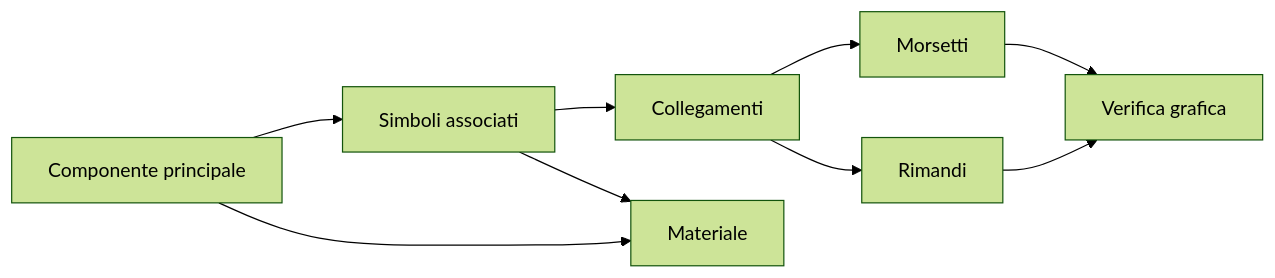
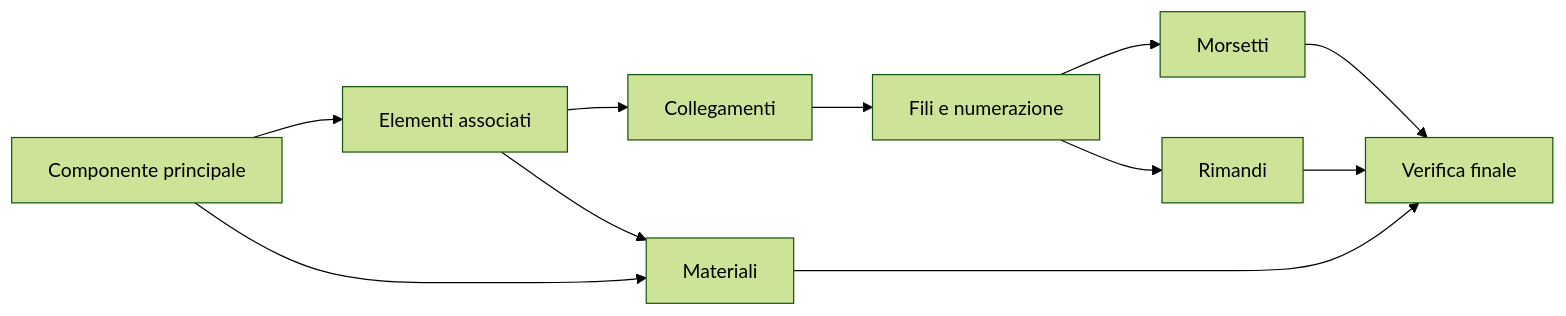
The diagram in docs/09-multifilare.md (robertochello/spac-start-knowledge-base), drawn with Mermaid (forest theme) before and after one commit. The commit also changed other lines of this file and 3 other files, not shown here.

````diff
--- a/docs/09-multifilare.md
+++ b/docs/09-multifilare.md
@@ -23,11 +57,13 @@
 ```mermaid
 flowchart LR
-    A[Componente principale] --> B[Simboli associati]
+    A[Componente principale] --> B[Elementi associati]
     B --> C[Collegamenti]
-    C --> D[Morsetti]
-    C --> E[Rimandi]
-    A --> F[Materiale]
-    B --> F
-    D --> G[Verifica grafica]
-    E --> G
+    C --> D[Fili e numerazione]
+    D --> E[Morsetti]
+    D --> F[Rimandi]
+    A --> G[Materiali]
+    B --> G
+    E --> H[Verifica finale]
+    F --> H
+    G --> H
 ```
````
